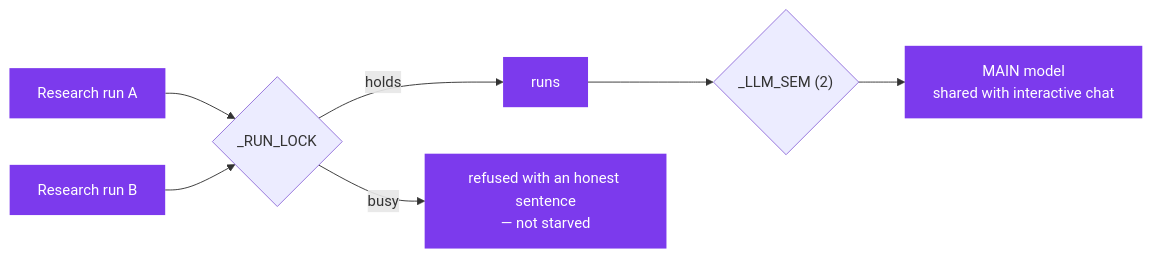
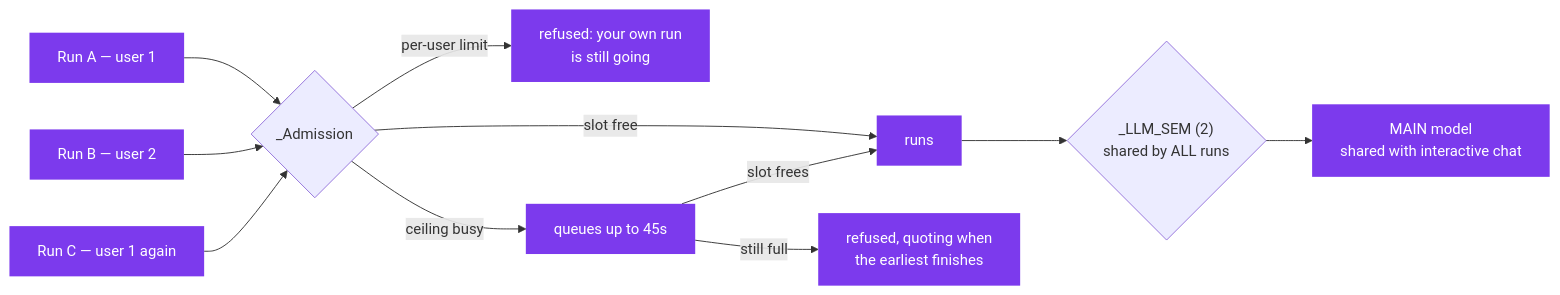
One commit to namanjain221995/personal-LLM-Chabot changed the eighth of 17 diagrams in docs/FLOWS.md. Above: the diagram before and after it, drawn with Mermaid. The commit also changed 42 other files, not shown here.

````diff
--- a/docs/FLOWS.md
+++ b/docs/FLOWS.md
@@ -368,12 +368,16 @@
 ```mermaid
 flowchart LR
-    R1["Research run A"] --> LOCK{"_RUN_LOCK"}
-    R2["Research run B"] --> LOCK
-    LOCK -->|holds| GO["runs"]
-    LOCK -->|busy| NO["refused with an honest sentence<br/>— not starved"]
-    GO --> SEM{"_LLM_SEM (2)"}
+    R1["Run A — user 1"] --> ADM{"_Admission"}
+    R2["Run B — user 2"] --> ADM
+    R3["Run C — user 1 again"] --> ADM
+    ADM -->|"slot free"| GO["runs"]
+    ADM -->|"per-user limit"| OWN["refused: your own run<br/>is still going"]
+    ADM -->|"ceiling busy"| WAIT["queues up to 45s"]
+    WAIT -->|"slot frees"| GO
+    WAIT -->|"still full"| NO["refused, quoting when<br/>the earliest finishes"]
+    GO --> SEM{"_LLM_SEM (2)<br/>shared by ALL runs"}
     SEM --> GPU["MAIN model<br/>shared with interactive chat"]
 
     classDef app fill:#7C3AED,color:#fff,stroke:none
-    class R1,R2,GO,NO,GPU app
+    class R1,R2,R3,GO,OWN,WAIT,NO,GPU app
 ```
````
